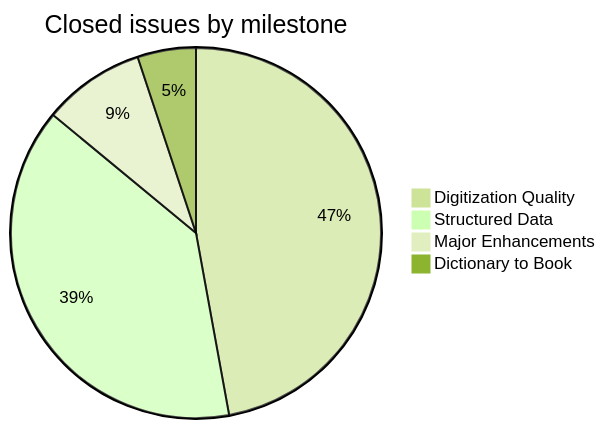
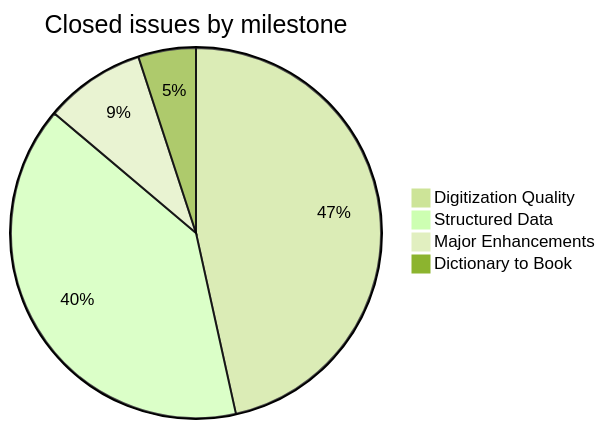
Before and after one commit to sanskrit-lexicon/MWS: the first of 3 diagrams in README.md, drawn with Mermaid (forest theme). The commit also changed other lines of this file, not shown here.

````diff
--- a/README.md
+++ b/README.md
@@ -88,7 +79,7 @@
 ```mermaid
 pie title Closed issues by milestone
     "Digitization Quality" : 74
-    "Structured Data" : 61
+    "Structured Data" : 63
     "Major Enhancements" : 14
     "Dictionary to Book" : 8
 ```
````
